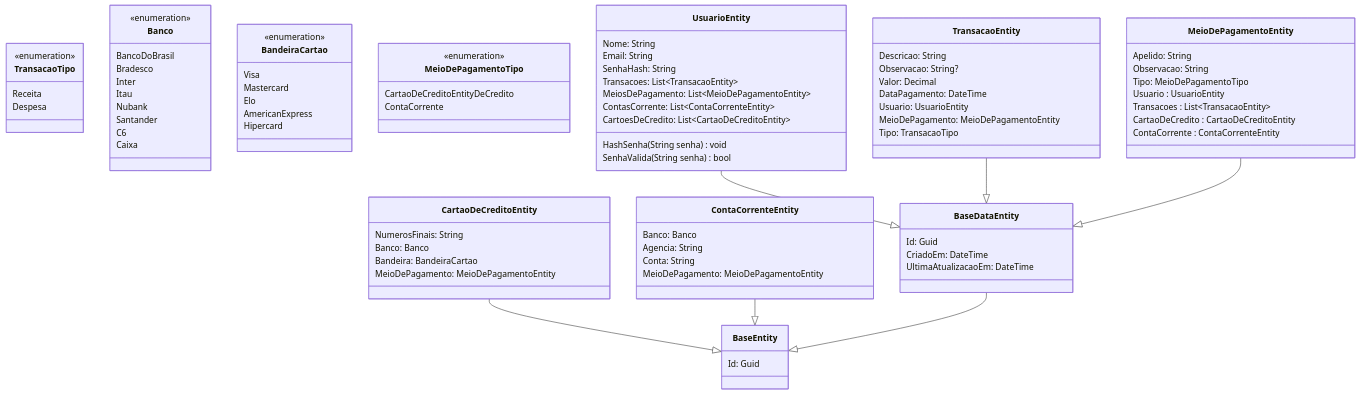
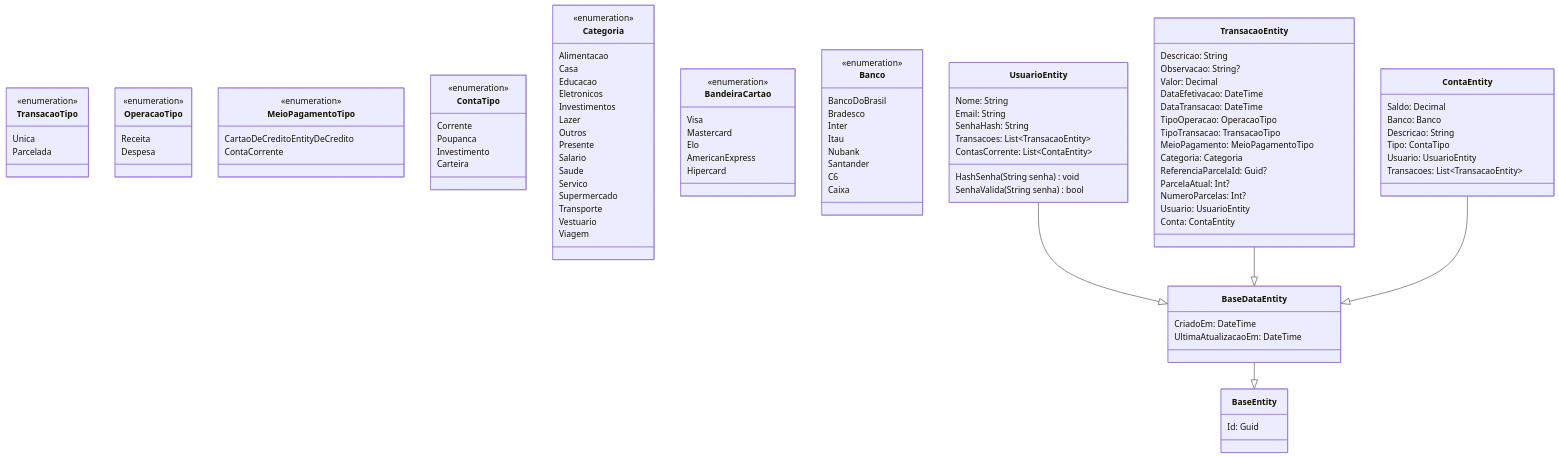
The third of 4 diagrams in README.md (gbLw1/MyCoreBanking), drawn with Mermaid before and after one commit. The commit also changed other lines of this file, not shown here.

Commit message:
chore: correção diagrama de classe

````diff
--- a/README.md
+++ b/README.md
@@ -172,8 +172,56 @@
 
 class TransacaoTipo{
     <<enumeration>>
+    Unica
+    Parcelada
+}
+
+class OperacaoTipo{
+    <<enumeration>>
     Receita
     Despesa
+}
+
+class MeioPagamentoTipo{
+    <<enumeration>>
+    CartaoDeCreditoEntityDeCredito
+    ContaCorrente
+}
+
+class ContaTipo{
+    <<enumeration>>
+    Corrente
+    Poupanca
+    Investimento
+    Carteira
+}
+
+class Categoria{
+    <<enumeration>>
+    Alimentacao
+    Casa
+    Educacao
+    Eletronicos
+    Investimentos
+    Lazer
+    Outros
+    Presente
+    Salario
+    Saude
+    Servico
+    Supermercado
+    Transporte
+    Vestuario
+    Viagem
+}
+
+class BandeiraCartao{
+    <<enumeration>>
+    Visa
+    Mastercard
+    Elo
+    AmericanExpress
+    Hipercard
 }
 
 class Banco{
@@ -188,27 +236,11 @@
     Caixa
 }
 
-class BandeiraCartao{
-    <<enumeration>>
-    Visa
-    Mastercard
-    Elo
-    AmericanExpress
-    Hipercard
-}
-
-class MeioDePagamentoTipo{
-    <<enumeration>>
-    CartaoDeCreditoEntityDeCredito
-    ContaCorrente
-}
-
 class BaseEntity{
     Id: Guid
 }
 
 class BaseDataEntity{
-    Id: Guid
     CriadoEm: DateTime
     UltimaAtualizacaoEm: DateTime
 }
@@ -218,56 +250,41 @@
     Email: String
     SenhaHash: String
     Transacoes: List~TransacaoEntity~
-    MeiosDePagamento: List~MeioDePagamentoEntity~
-    ContasCorrente: List~ContaCorrenteEntity~
-    CartoesDeCredito: List~CartaoDeCreditoEntity~
+    ContasCorrente: List~ContaEntity~
     HashSenha(String senha) void
     SenhaValida(String senha) bool
-}
-
-class MeioDePagamentoEntity{
-    Apelido: String
-    Observacao: String
-    Tipo: MeioDePagamentoTipo
-    Usuario : UsuarioEntity
-    Transacoes : List~TransacaoEntity~
-    CartaoDeCredito : CartaoDeCreditoEntity
-    ContaCorrente : ContaCorrenteEntity
 }
 
 class TransacaoEntity{
     Descricao: String
     Observacao: String?
     Valor: Decimal
-    DataPagamento: DateTime
+    DataEfetivacao: DateTime
+    DataTransacao: DateTime
+    TipoOperacao: OperacaoTipo
+    TipoTransacao: TransacaoTipo
+    MeioPagamento: MeioPagamentoTipo
+    Categoria: Categoria
+    ReferenciaParcelaId: Guid?
+    ParcelaAtual: Int?
+    NumeroParcelas: Int?
     Usuario: UsuarioEntity
-    MeioDePagamento: MeioDePagamentoEntity
-    Tipo: TransacaoTipo
+    Conta: ContaEntity
 }
 
-class CartaoDeCreditoEntity{
-    NumerosFinais: String
+class ContaEntity{
+    Saldo: Decimal
     Banco: Banco
-    Bandeira: BandeiraCartao
-    MeioDePagamento: MeioDePagamentoEntity
+    Descricao: String
+    Tipo: ContaTipo
+    Usuario: UsuarioEntity
+    Transacoes: List~TransacaoEntity~
 }
-
-class ContaCorrenteEntity{
-    Banco: Banco
-    Agencia: String
-    Conta: String
-    MeioDePagamento: MeioDePagamentoEntity
-}
-
-
-
 
 
 %% Relacionamentos:
 UsuarioEntity --|> BaseDataEntity
 TransacaoEntity --|> BaseDataEntity
-MeioDePagamentoEntity --|> BaseDataEntity
-CartaoDeCreditoEntity --|> BaseEntity
-ContaCorrenteEntity --|> BaseEntity
+ContaEntity --|> BaseDataEntity
 BaseDataEntity --|> BaseEntity
 ```
````
